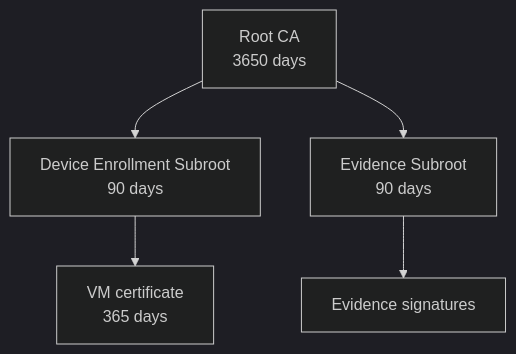
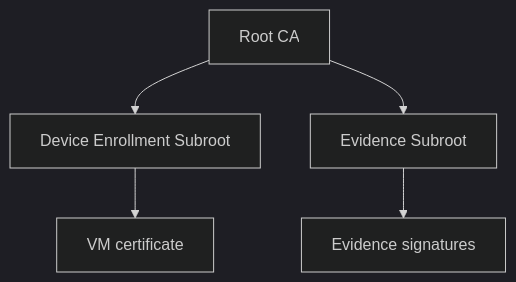
The first of 2 diagrams in docs/06-pki.md (Super-Protocol/sp-vm), drawn with Mermaid (dark theme) before and after one commit. The commit also changed other lines of this file and 3 other files, not shown here.

````diff
--- a/docs/06-pki.md
+++ b/docs/06-pki.md
@@ -12,11 +12,11 @@
 ```mermaid
 flowchart TD
-    R["Root CA<br/>3650 days"]
-    D["Device Enrollment Subroot<br/>90 days"]
-    E["Evidence Subroot<br/>90 days"]
-    VM["VM certificate<br/>365 days"]
+    R["Root CA"]
+    D["Device Enrollment Subroot"]
+    E["Evidence Subroot"]
+    VM["VM certificate"]
     EV["Evidence signatures"]
 
     R --> D --> VM
     R --> E --> EV
 ```
````
